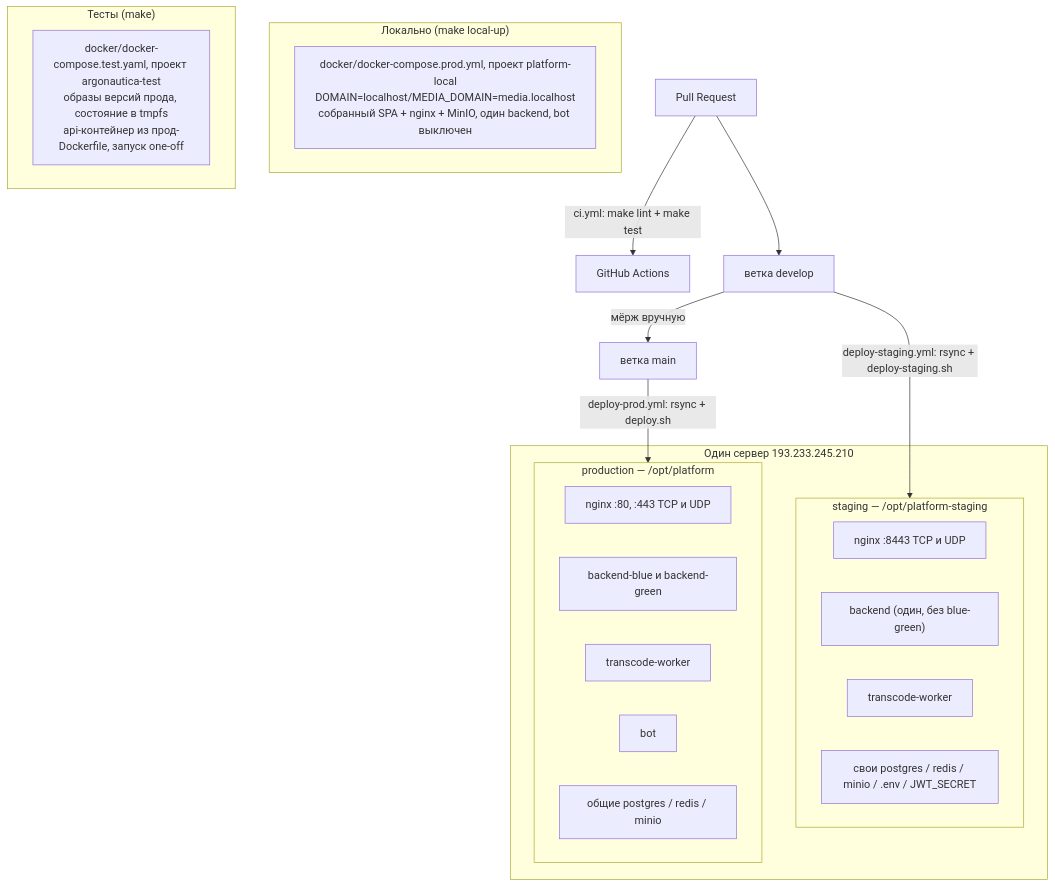
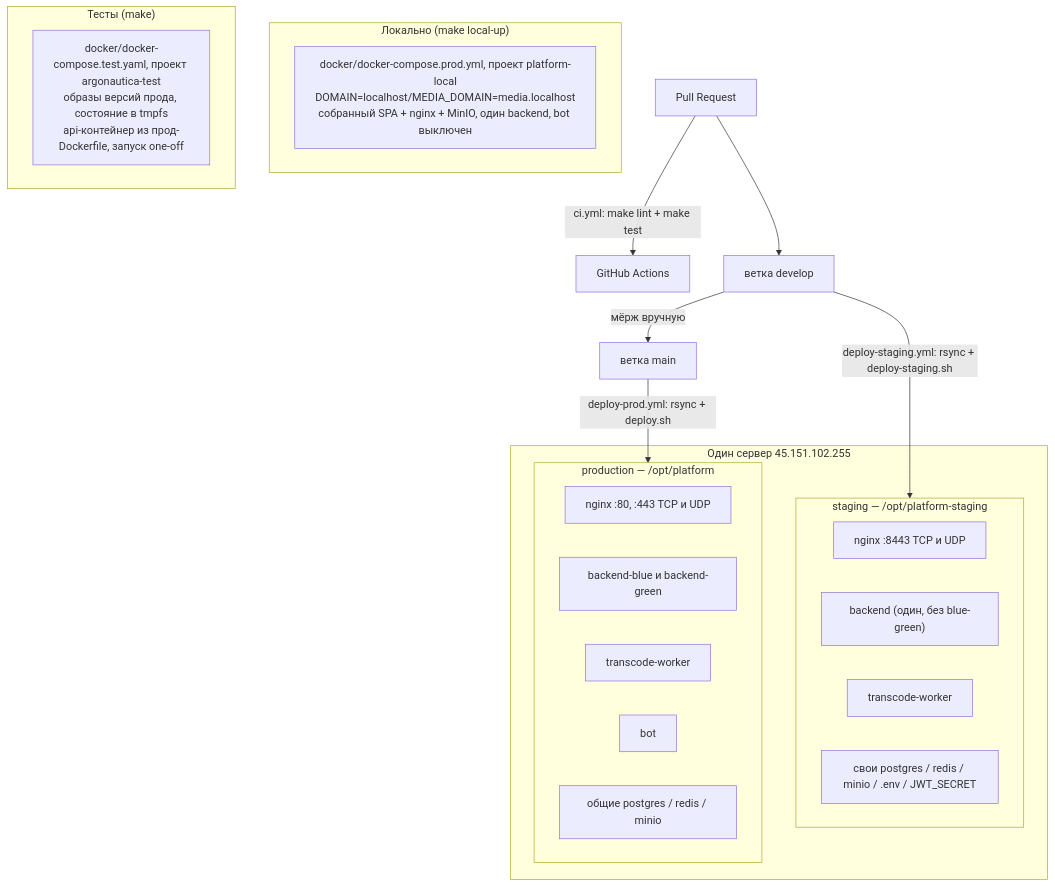
Before and after one commit to code-tamer3000/argonautica-platfrorm: diagram 16 of 17 in docs/ARCHITECTURE.md, drawn with Mermaid. The commit also changed 4 other files, not shown here.

````diff
--- a/docs/ARCHITECTURE.md
+++ b/docs/ARCHITECTURE.md
@@ -818,32 +818,32 @@
 ```mermaid
 flowchart TB
     subgraph dev["Локально (make local-up)"]
         DC["docker/docker-compose.prod.yml, проект platform-local<br/>DOMAIN=localhost/MEDIA_DOMAIN=media.localhost<br/>собранный SPA + nginx + MinIO, один backend, bot выключен"]
     end
 
     subgraph tst["Тесты (make)"]
         TC["docker/docker-compose.test.yaml, проект argonautica-test<br/>образы версий прода, состояние в tmpfs<br/>api-контейнер из прод-Dockerfile, запуск one-off"]
     end
 
-    subgraph srv["Один сервер 193.233.245.210"]
+    subgraph srv["Один сервер 45.151.102.255"]
         subgraph stg["staging — /opt/platform-staging"]
             SN["nginx :8443 TCP и UDP"]
             SB["backend (один, без blue-green)"]
             SW["transcode-worker"]
             SS["свои postgres / redis / minio / .env / JWT_SECRET"]
         end
         subgraph prd["production — /opt/platform"]
             PN["nginx :80, :443 TCP и UDP"]
             PB["backend-blue и backend-green"]
             PW["transcode-worker"]
             PBot["bot"]
             PS["общие postgres / redis / minio"]
         end
     end
 
     PR["Pull Request"] -->|"ci.yml: make lint + make test"| CI["GitHub Actions"]
     DEV["ветка develop"] -->|"deploy-staging.yml: rsync + deploy-staging.sh"| stg
     MAIN["ветка main"] -->|"deploy-prod.yml: rsync + deploy.sh"| prd
     PR --> DEV
     DEV -->|"мёрж вручную"| MAIN
 ```
````
